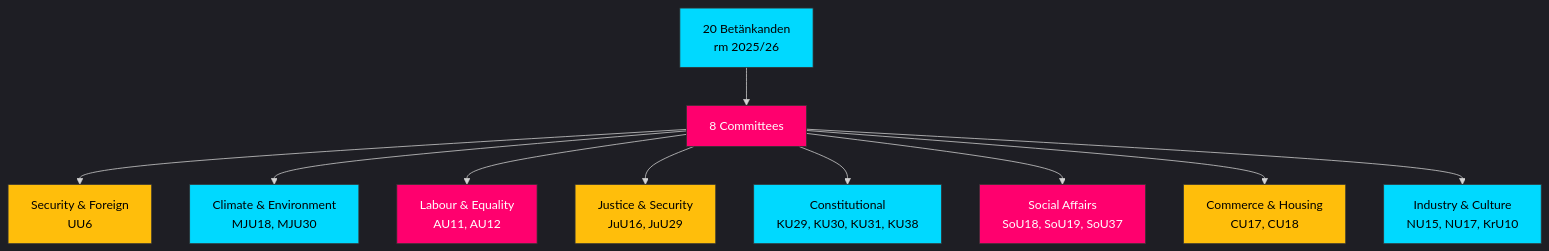
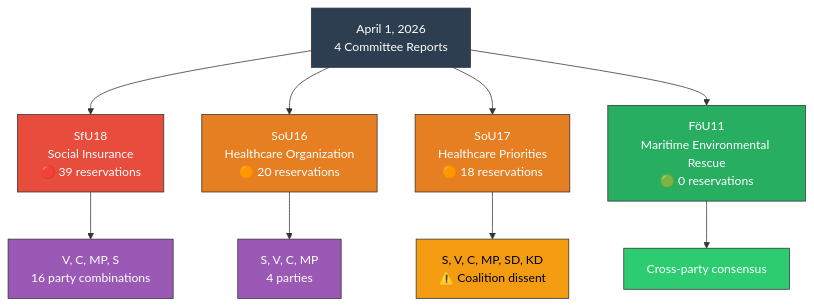
Before and after one commit to Hack23/riksdagsmonitor: the diagram in analysis/daily/2026-04-01/committeeReports/synthesis-summary.md, drawn with Mermaid. The commit also changed other lines of this file and 25 other files, not shown here.

First line of the commit message:
Add committee-reports articles and analysis artifacts for 2026-04-01

````diff
--- a/analysis/daily/2026-04-01/committeeReports/synthesis-summary.md
+++ b/analysis/daily/2026-04-01/committeeReports/synthesis-summary.md
@@ -14,23 +42,22 @@
 ```mermaid
-%%{init: {'theme': 'dark'}}%%
-graph TD
-    style A fill:#00d9ff,stroke:#333,color:#000
-    style B fill:#ff006e,stroke:#333,color:#fff
-    style C fill:#ffbe0b,stroke:#333,color:#000
-    style D fill:#00d9ff,stroke:#333,color:#000
-    style E fill:#ff006e,stroke:#333,color:#fff
-    A[20 Betänkanden<br/>rm 2025/26] --> B[8 Committees]
-    B --> C[Security & Foreign<br/>UU6]
-    B --> D[Climate & Environment<br/>MJU18, MJU30]
-    B --> E[Labour & Equality<br/>AU11, AU12]
-    B --> F[Justice & Security<br/>JuU16, JuU29]
-    B --> G[Constitutional<br/>KU29, KU30, KU31, KU38]
-    B --> H[Social Affairs<br/>SoU18, SoU19, SoU37]
-    B --> I[Commerce & Housing<br/>CU17, CU18]
-    B --> J[Industry & Culture<br/>NU15, NU17, KrU10]
-    style F fill:#ffbe0b,stroke:#333,color:#000
-    style G fill:#00d9ff,stroke:#333,color:#000
-    style H fill:#ff006e,stroke:#333,color:#fff
-    style I fill:#ffbe0b,stroke:#333,color:#000
-    style J fill:#00d9ff,stroke:#333,color:#000
+flowchart TD
+    A[April 1, 2026<br/>4 Committee Reports]:::date
+    
+    A --> B[SfU18<br/>Social Insurance<br/>🔴 39 reservations]:::critical
+    A --> C[SoU16<br/>Healthcare Organization<br/>🟠 20 reservations]:::high
+    A --> D[SoU17<br/>Healthcare Priorities<br/>🟠 18 reservations]:::high
+    A --> E[FöU11<br/>Maritime Environmental Rescue<br/>🟢 0 reservations]:::low
+    
+    B --> F[V, C, MP, S<br/>16 party combinations]:::opposition
+    C --> G[S, V, C, MP<br/>4 parties]:::opposition
+    D --> H[S, V, C, MP, SD, KD<br/>⚠️ Coalition dissent]:::warning
+    E --> I[Cross-party consensus]:::consensus
+    
+    classDef date fill:#2c3e50,stroke:#333,color:#fff
+    classDef critical fill:#e74c3c,stroke:#333,color:#fff
+    classDef high fill:#e67e22,stroke:#333,color:#fff
+    classDef low fill:#27ae60,stroke:#333,color:#fff
+    classDef opposition fill:#9b59b6,stroke:#333,color:#fff
+    classDef warning fill:#f39c12,stroke:#333,color:#000
+    classDef consensus fill:#2ecc71,stroke:#333,color:#fff
 ```
````
